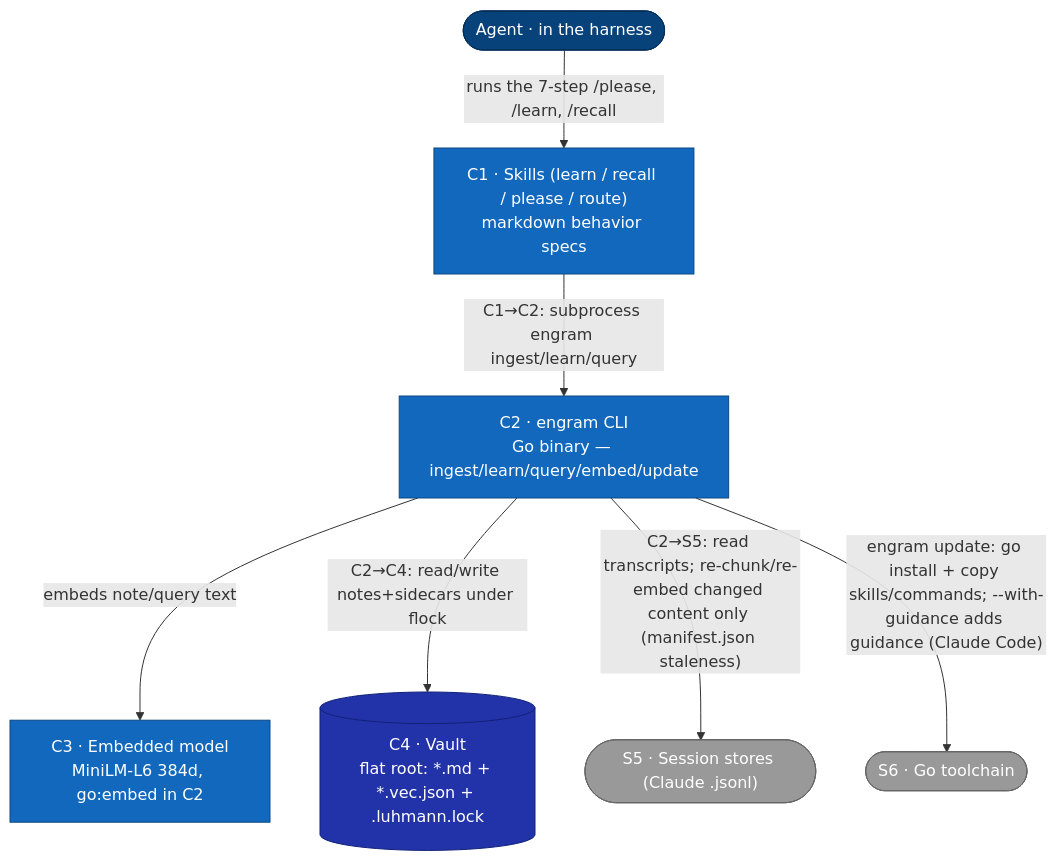
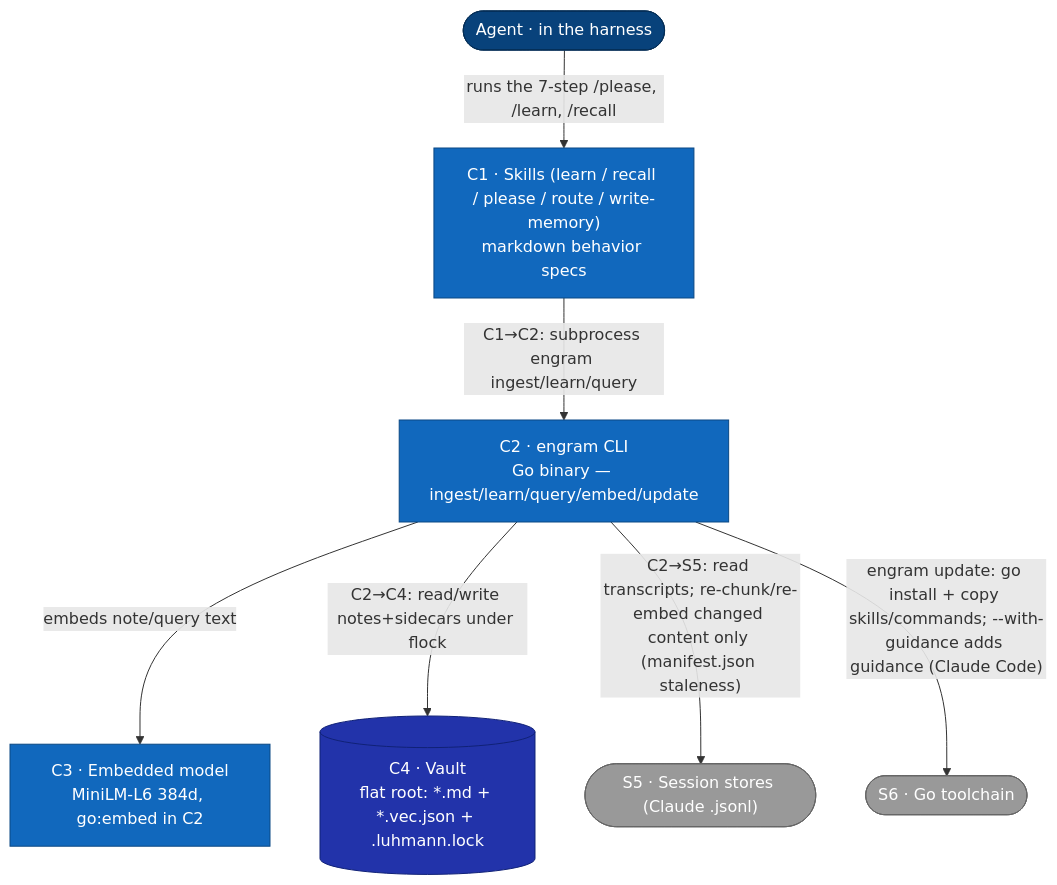
The first of 5 diagrams in docs/architecture/c2-containers.md (toejough/engram), drawn with Mermaid before and after one commit. The commit also changed other lines of this file and 6 other files, not shown here.

First line of the commit message:
docs(atoms): write-memory worker shipped — glossary, roster, flows, charter status, options postscript

````diff
--- a/docs/architecture/c2-containers.md
+++ b/docs/architecture/c2-containers.md
@@ -9,27 +9,27 @@
 ```mermaid
 flowchart TB
     classDef person    fill:#08427b,stroke:#052e56,color:#fff
     classDef external  fill:#999,   stroke:#666,   color:#fff
     classDef container fill:#1168bd,stroke:#0b4884,color:#fff
     classDef store     fill:#23a,   stroke:#127,   color:#fff
 
     agent([Agent · in the harness])
-    skills["C1 · Skills (learn / recall / please / route)<br/>markdown behavior specs"]
+    skills["C1 · Skills (learn / recall / please / route / write-memory)<br/>markdown behavior specs"]
     cli["C2 · engram CLI<br/>Go binary — ingest/learn/query/embed/update"]
     model["C3 · Embedded model<br/>MiniLM-L6 384d, go:embed in C2"]
     vault[("C4 · Vault<br/>flat root: *.md + *.vec.json + .luhmann.lock")]
     sessions(["S5 · Session stores (Claude .jsonl)"])
     gotool(["S6 · Go toolchain"])
 
     agent -->|"runs the 7-step /please, /learn, /recall"| skills
     skills -->|"C1→C2: subprocess engram ingest/learn/query"| cli
     cli -->|"embeds note/query text"| model
     cli -->|"C2→C4: read/write notes+sidecars under flock"| vault
     cli -->|"C2→S5: read transcripts; re-chunk/re-embed changed content only (manifest.json staleness)"| sessions
     cli -->|"engram update: go install + copy skills/commands; --with-guidance adds guidance (Claude Code)"| gotool
 
     class agent person
     class skills,cli,model container
     class vault store
     class sessions,gotool external
 ```
````
